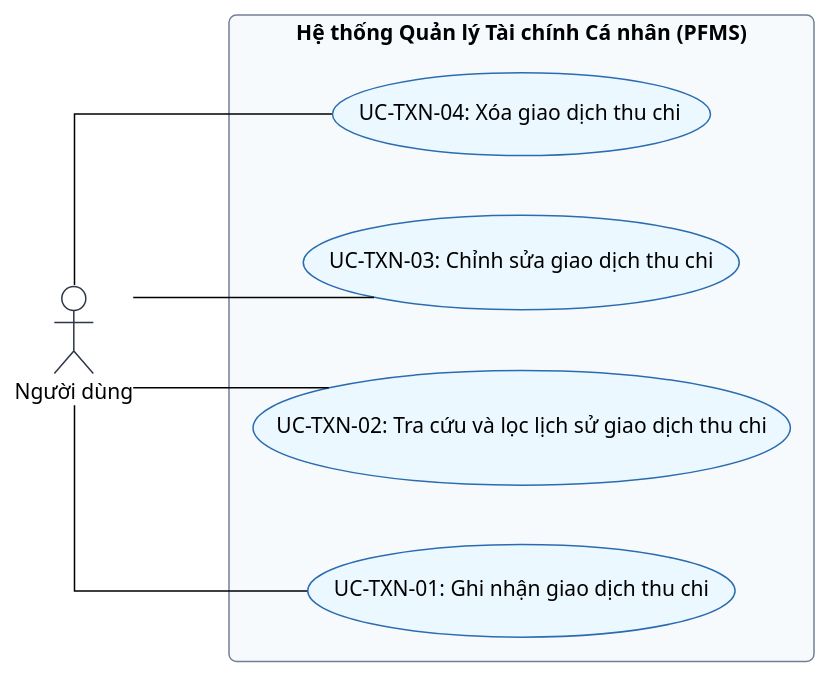
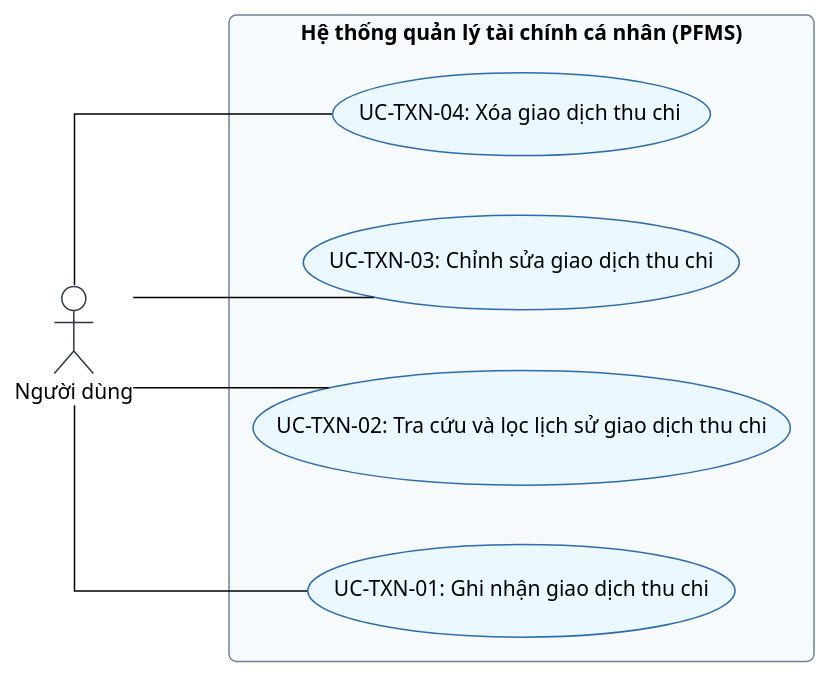
One commit to mynhleeh/pfms-oop changed the third of 7 diagrams in docs/software-requirement-specification/08-so-do-ca-su-dung-he-thong.md. Above: the diagram before and after it, drawn with PlantUML. The commit also changed other lines of this file and 9 other files, not shown here.

````diff
--- a/docs/software-requirement-specification/08-so-do-ca-su-dung-he-thong.md
+++ b/docs/software-requirement-specification/08-so-do-ca-su-dung-he-thong.md
@@ -122,31 +118,31 @@
 ```plantuml
 @startuml
 !theme plain
 skinparam shadowing false
 skinparam roundCorner 10
 skinparam defaultFontName "Segoe UI"
 skinparam linetype ortho
 skinparam nodesep 40
 skinparam ranksep 80
 skinparam actorBorderColor #2D3748
 skinparam usecaseBorderColor #2B6CB0
 skinparam usecaseBackgroundColor #EBF8FF
 skinparam rectangleBorderColor #718096
 skinparam rectangleBackgroundColor #F7FAFC
 left to right direction
 
 actor "Người dùng" as Owner
 
-rectangle "Hệ thống Quản lý Tài chính Cá nhân (PFMS)" {
-    usecase "UC-TXN-04: Xóa giao dịch thu chi" as UC_TXN_04
-    usecase "UC-TXN-03: Chỉnh sửa giao dịch thu chi" as UC_TXN_03
-    usecase "UC-TXN-02: Tra cứu và lọc lịch sử giao dịch thu chi" as UC_TXN_02
-    usecase "UC-TXN-01: Ghi nhận giao dịch thu chi" as UC_TXN_01
+rectangle "Hệ thống quản lý tài chính cá nhân (PFMS)" {
+usecase "UC-TXN-04: Xóa giao dịch thu chi" as UC_TXN_04
+usecase "UC-TXN-03: Chỉnh sửa giao dịch thu chi" as UC_TXN_03
+usecase "UC-TXN-02: Tra cứu và lọc lịch sử giao dịch thu chi" as UC_TXN_02
+usecase "UC-TXN-01: Ghi nhận giao dịch thu chi" as UC_TXN_01
 }
 
 Owner -- UC_TXN_01
 Owner -- UC_TXN_02
 Owner -- UC_TXN_03
 Owner -- UC_TXN_04
 @enduml
 ```
````
